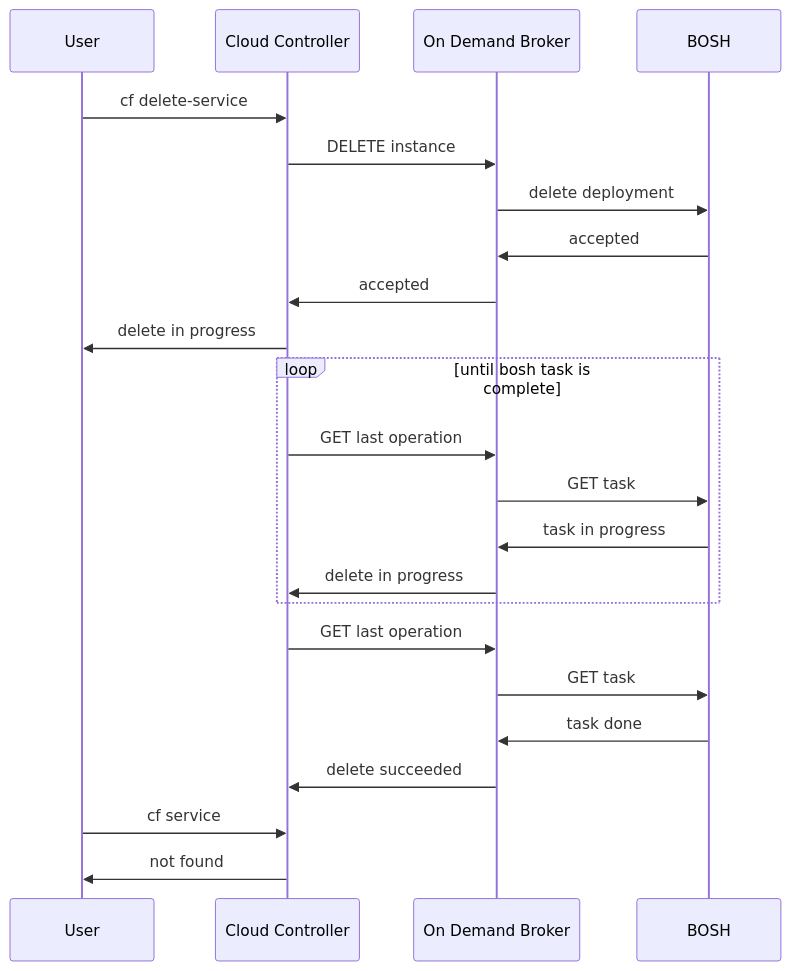
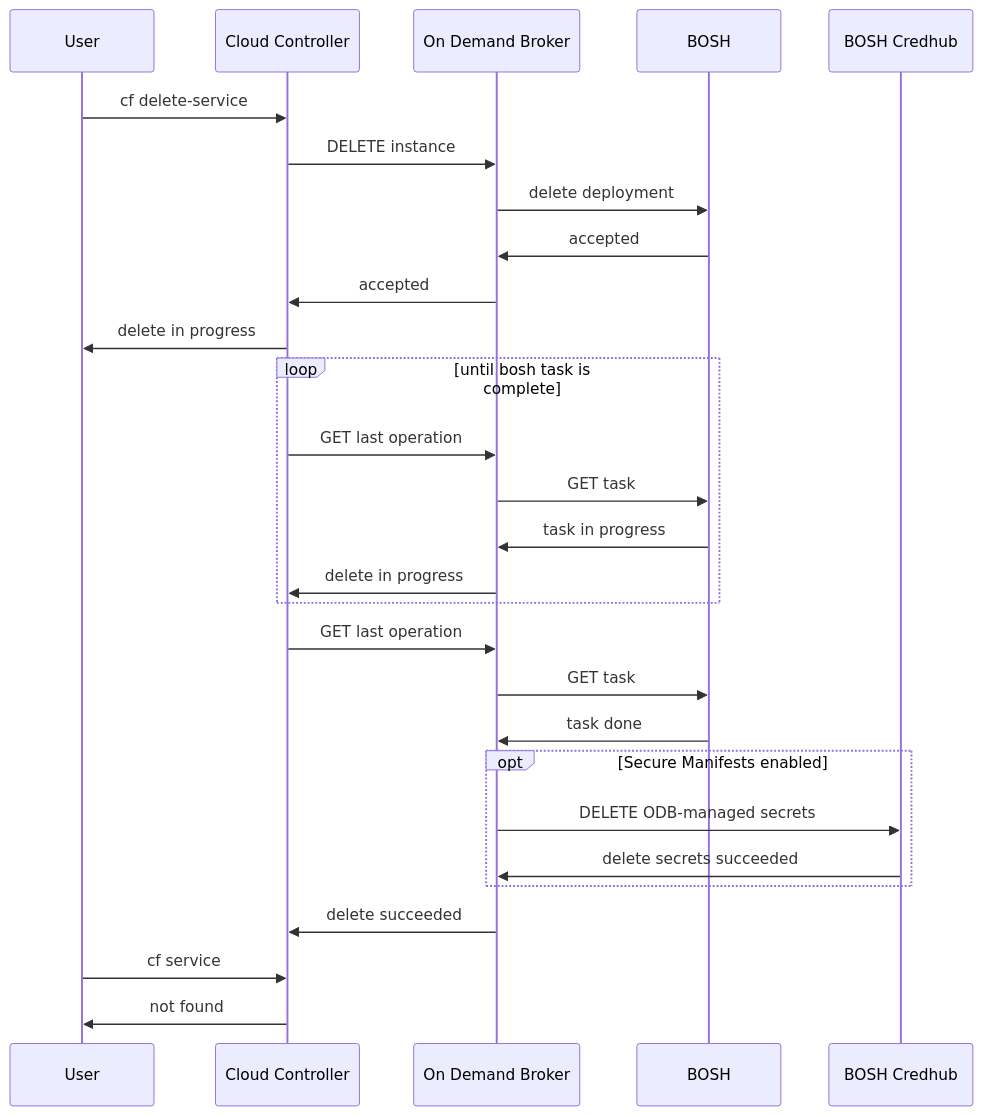
Before and after one commit to pivotal-cf/docs-on-demand-service-broker: the diagram in mmd/delete_service_workflow.mmd, drawn with Mermaid. The commit also changed 5 other files, not shown here.

First line of the commit message:
document credhub interaction for delete-service

```diff
--- a/mmd/delete_service_workflow.mmd
+++ b/mmd/delete_service_workflow.mmd
@@ -1,21 +1,25 @@
 <div class="mermaid">
 sequenceDiagram
   User->>Cloud Controller:cf delete-service
   Cloud Controller->>On Demand Broker:DELETE instance
   On Demand Broker->>BOSH:delete deployment
   BOSH->>On Demand Broker:accepted
   On Demand Broker->>Cloud Controller:accepted
   Cloud Controller->>User: delete in progress
   loop until bosh task is complete
     Cloud Controller->>On Demand Broker: GET last operation
     On Demand Broker->>BOSH: GET task
     BOSH->>On Demand Broker: task in progress
     On Demand Broker->>Cloud Controller: delete in progress
   end
   Cloud Controller->>On Demand Broker: GET last operation
   On Demand Broker->>BOSH: GET task
   BOSH->>On Demand Broker: task done
+  opt Secure Manifests enabled
+    On Demand Broker->>BOSH Credhub: DELETE ODB-managed secrets
+    BOSH Credhub->>On Demand Broker: delete secrets succeeded
+  end
   On Demand Broker->>Cloud Controller: delete succeeded
   User->>Cloud Controller:cf service
   Cloud Controller->>User: not found
 </div>
```
